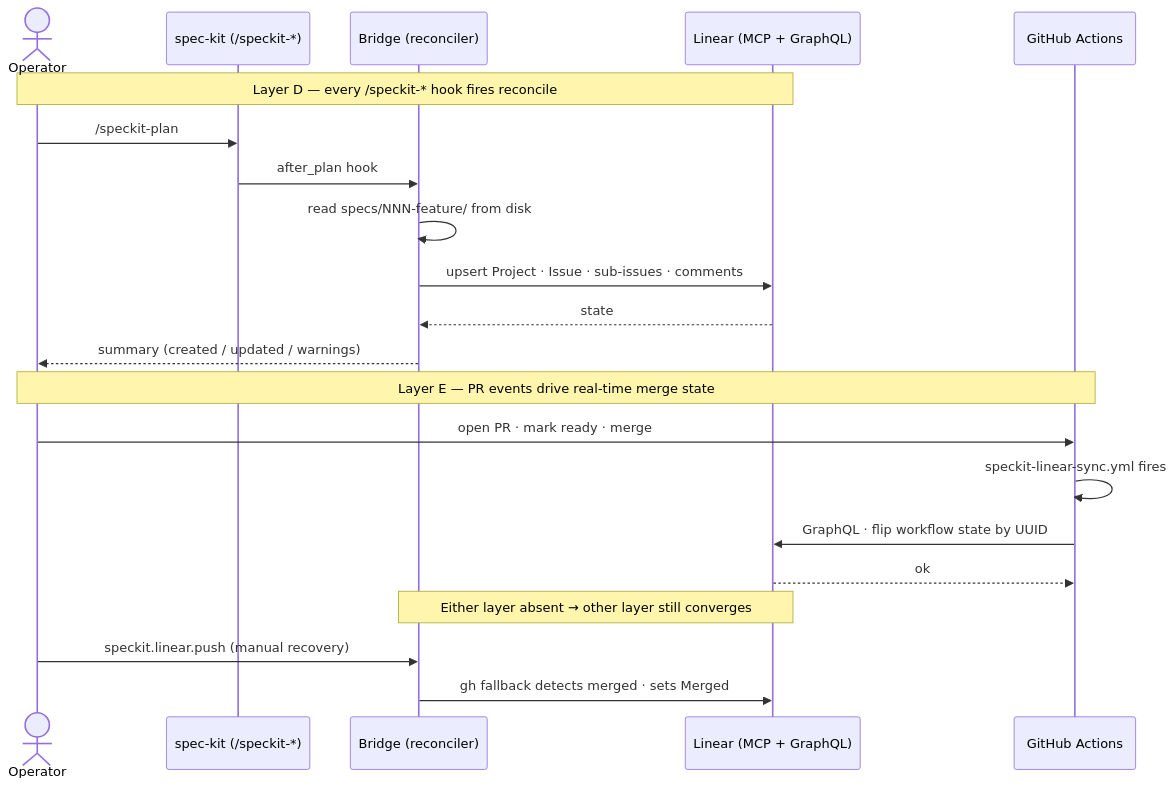
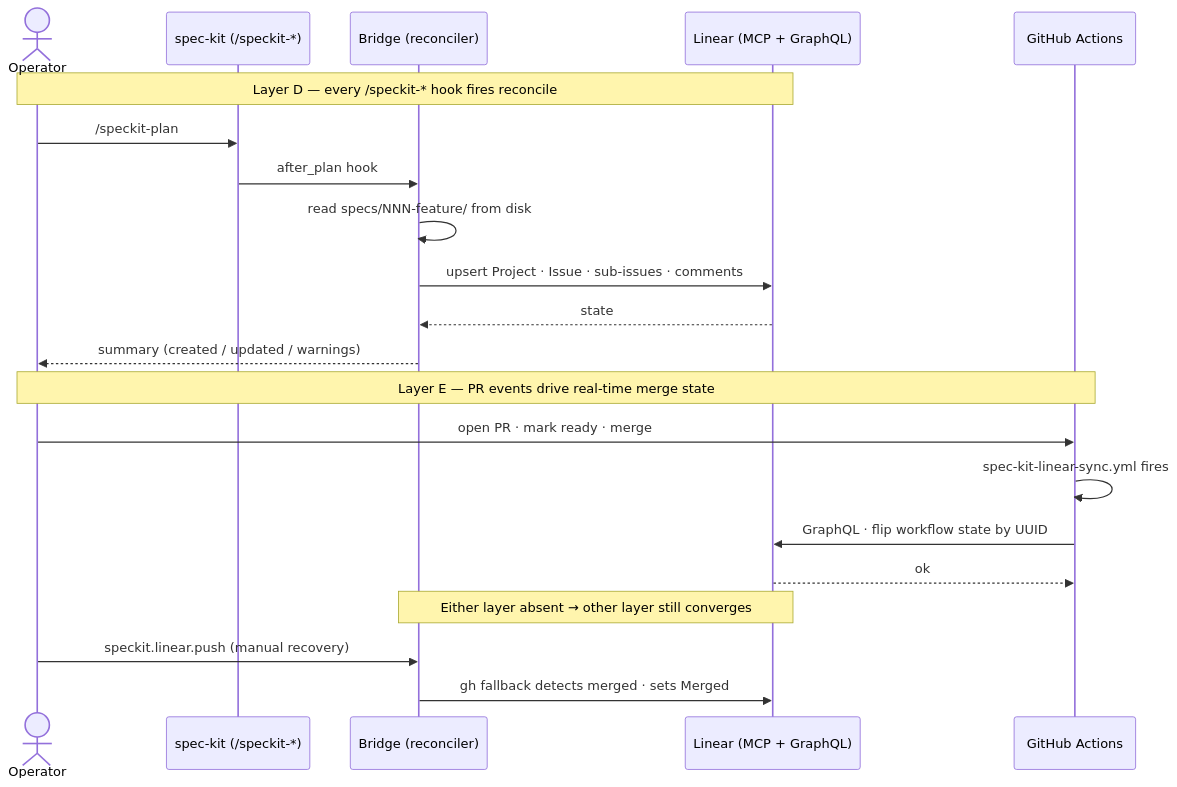
The fifth of 5 diagrams in README.md (ashbrener/spec-kit-linear), drawn with Mermaid before and after one commit. The commit also changed other lines of this file and 40 other files, not shown here.

First line of the commit message:
chore: rename speckit-linear → spec-kit-linear across all in-tree references

````diff
--- a/README.md
+++ b/README.md
@@ -186,26 +186,26 @@
 ```mermaid
 sequenceDiagram
     actor Op as Operator
     participant SK as spec-kit (/speckit-*)
     participant BR as Bridge (reconciler)
     participant LN as Linear (MCP + GraphQL)
     participant GH as GitHub Actions
 
     Note over Op,LN: Layer D — every /speckit-* hook fires reconcile
     Op->>SK: /speckit-plan
     SK->>BR: after_plan hook
     BR->>BR: read specs/NNN-feature/ from disk
     BR->>LN: upsert Project · Issue · sub-issues · comments
     LN-->>BR: state
     BR-->>Op: summary (created / updated / warnings)
 
     Note over Op,GH: Layer E — PR events drive real-time merge state
     Op->>GH: open PR · mark ready · merge
-    GH->>GH: speckit-linear-sync.yml fires
+    GH->>GH: spec-kit-linear-sync.yml fires
     GH->>LN: GraphQL · flip workflow state by UUID
     LN-->>GH: ok
 
     Note over BR,LN: Either layer absent → other layer still converges
     Op->>BR: speckit.linear.push (manual recovery)
     BR->>LN: gh fallback detects merged · sets Merged
 ```
````
